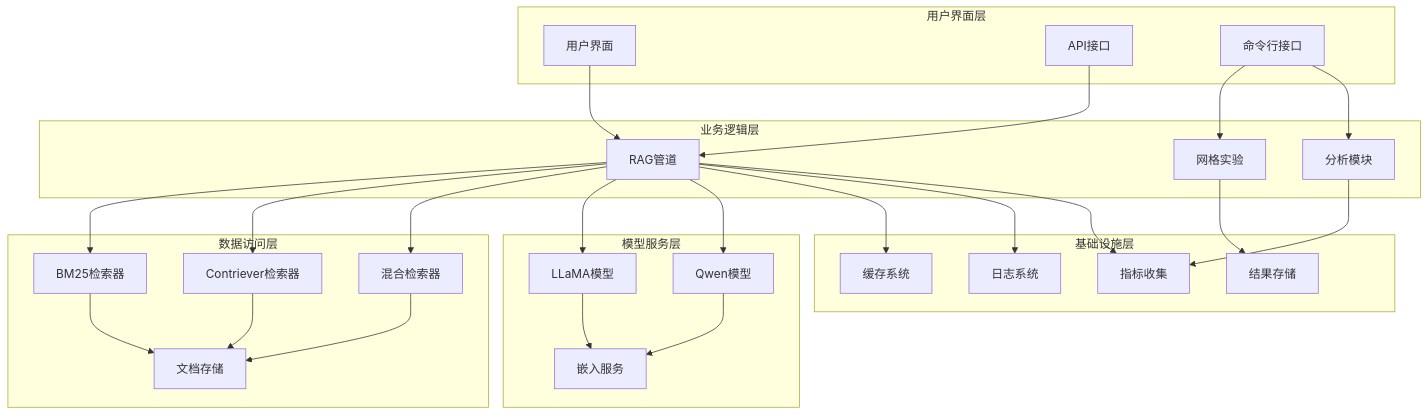
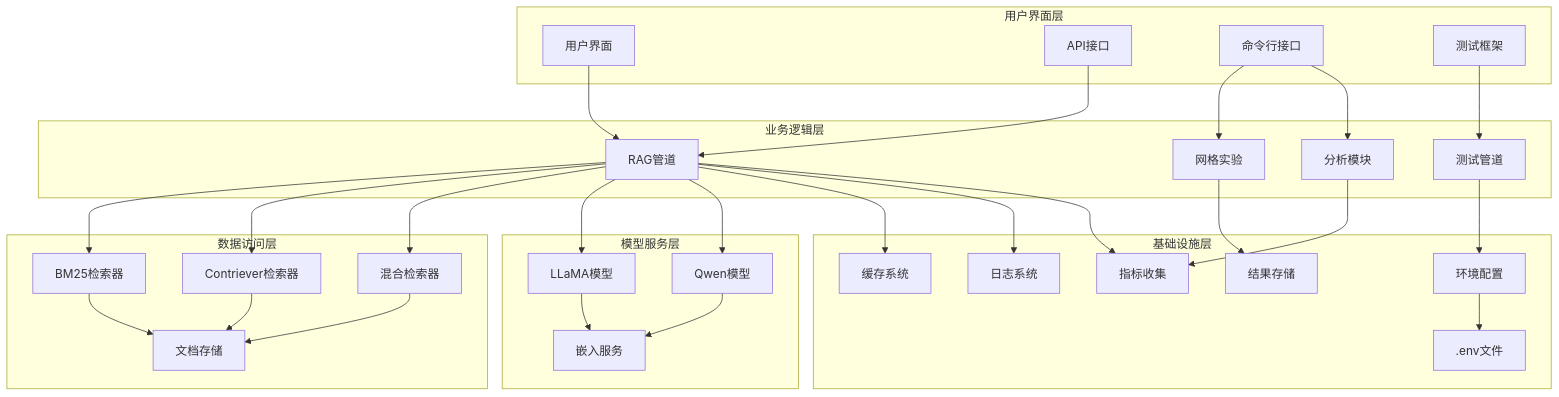
One commit to kitee0918/-nlp-rag-project changed the first of 12 diagrams in .qoder/repowiki/zh/content/技术实现指南/技术实现指南.md. Above: the diagram before and after it, drawn with Mermaid. The commit also changed other lines of this file and 4 other files, not shown here.

````diff
--- a/.qoder/repowiki/zh/content/技术实现指南/技术实现指南.md
+++ b/.qoder/repowiki/zh/content/技术实现指南/技术实现指南.md
@@ -104,49 +114,56 @@
 ```mermaid
 graph TB
 subgraph "用户界面层"
 UI[用户界面]
 API[API接口]
 CLI[命令行接口]
+TEST[测试框架]
 end
 subgraph "业务逻辑层"
 RAG[RAG管道]
 EXP[网格实验]
 ANA[分析模块]
+TESTPIPE[测试管道]
 end
 subgraph "数据访问层"
 BM25[BM25检索器]
 CONTRIEVER[Contriever检索器]
 HYBRID[混合检索器]
 DOCSTORE[文档存储]
 end
 subgraph "模型服务层"
 LLM[LLaMA模型]
 QWEN[Qwen模型]
 EMBED[嵌入服务]
 end
 subgraph "基础设施层"
 CACHE[缓存系统]
 LOG[日志系统]
 METRICS[指标收集]
 RESULTS[结果存储]
+ENV[环境配置]
+DOTENV[.env文件]
 end
 UI --> RAG
 API --> RAG
 CLI --> EXP
 CLI --> ANA
+TEST --> TESTPIPE
 RAG --> BM25
 RAG --> CONTRIEVER
 RAG --> HYBRID
 RAG --> LLM
 RAG --> QWEN
 BM25 --> DOCSTORE
 CONTRIEVER --> DOCSTORE
 HYBRID --> DOCSTORE
 LLM --> EMBED
 QWEN --> EMBED
 RAG --> CACHE
 RAG --> LOG
 RAG --> METRICS
 EXP --> RESULTS
 ANA --> METRICS
+TESTPIPE --> ENV
+ENV --> DOTENV
 ```
````
